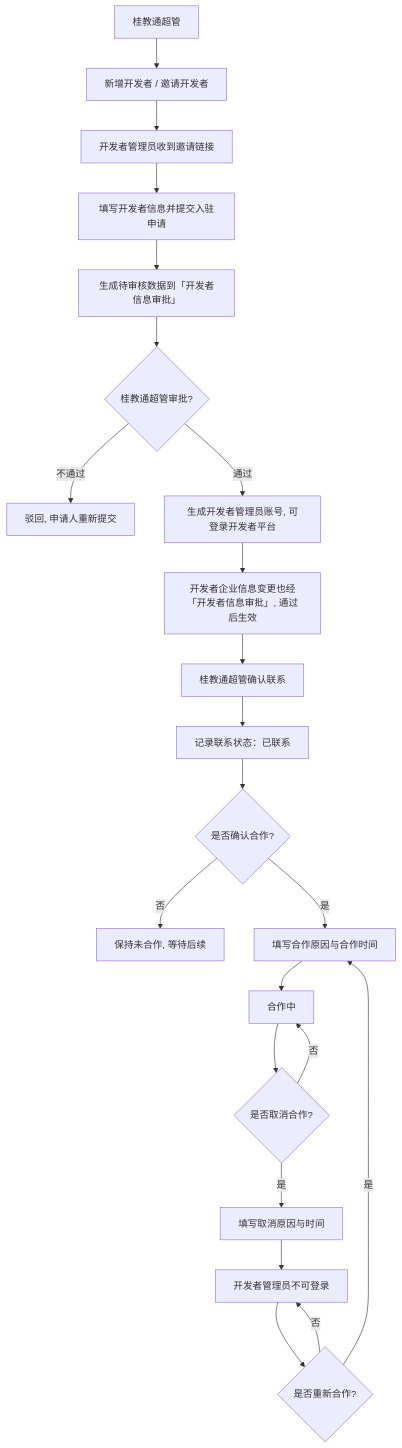
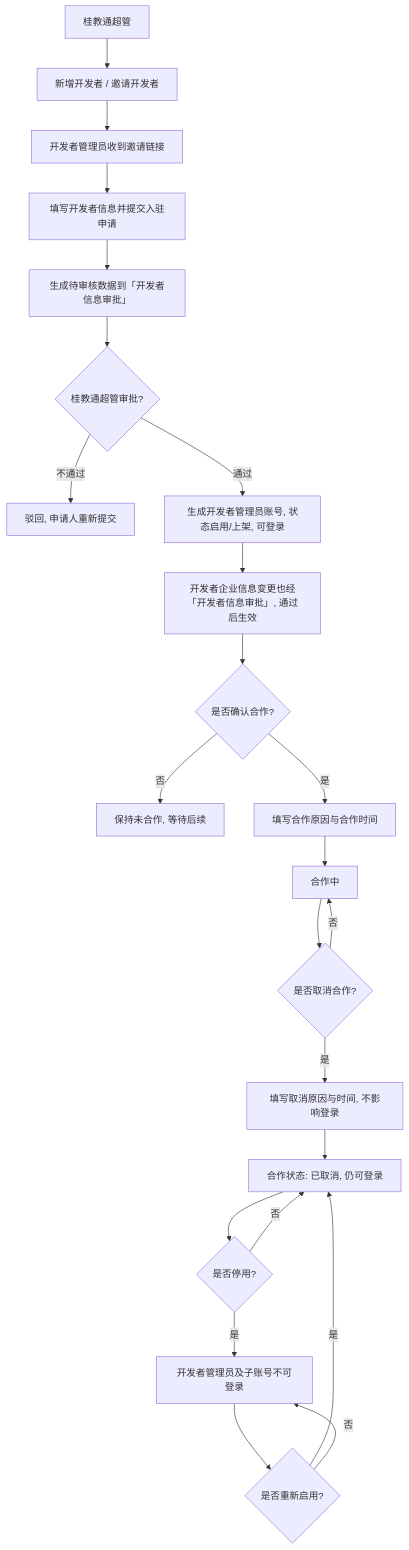
Before and after one commit to sunmei119/capPlatform: the first of 9 diagrams in output/prd/prd.md, drawn with Mermaid. The commit also changed other lines of this file and 2 other files, not shown here.

````diff
--- a/output/prd/prd.md
+++ b/output/prd/prd.md
@@ -66,24 +65,25 @@
 ```mermaid
 flowchart TD
     A[桂教通超管] --> B[新增开发者 / 邀请开发者]
     B --> C[开发者管理员收到邀请链接]
     C --> D[填写开发者信息并提交入驻申请]
     D --> E[生成待审核数据到「开发者信息审批」]
     E --> F{桂教通超管审批?}
     F -- 不通过 --> E2[驳回, 申请人重新提交]
-    F -- 通过 --> G[生成开发者管理员账号, 可登录开发者平台]
+    F -- 通过 --> G[生成开发者管理员账号, 状态启用/上架, 可登录]
     G --> H[开发者企业信息变更也经「开发者信息审批」, 通过后生效]
-    H --> I[桂教通超管确认联系]
-    I --> J[记录联系状态：已联系]
-    J --> K{是否确认合作?}
+    H --> K{是否确认合作?}
     K -- 否 --> L[保持未合作, 等待后续]
     K -- 是 --> M[填写合作原因与合作时间]
     M --> N[合作中]
     N --> O{是否取消合作?}
     O -- 否 --> N
-    O -- 是 --> P[填写取消原因与时间]
-    P --> Q[开发者管理员不可登录]
-    Q --> R{是否重新合作?}
-    R -- 是 --> M
-    R -- 否 --> Q
+    O -- 是 --> P[填写取消原因与时间, 不影响登录]
+    P --> N2[合作状态: 已取消, 仍可登录]
+    N2 --> S{是否停用?}
+    S -- 是 --> T[开发者管理员及子账号不可登录]
+    S -- 否 --> N2
+    T --> U{是否重新启用?}
+    U -- 是 --> N2
+    U -- 否 --> T
 ```
````
